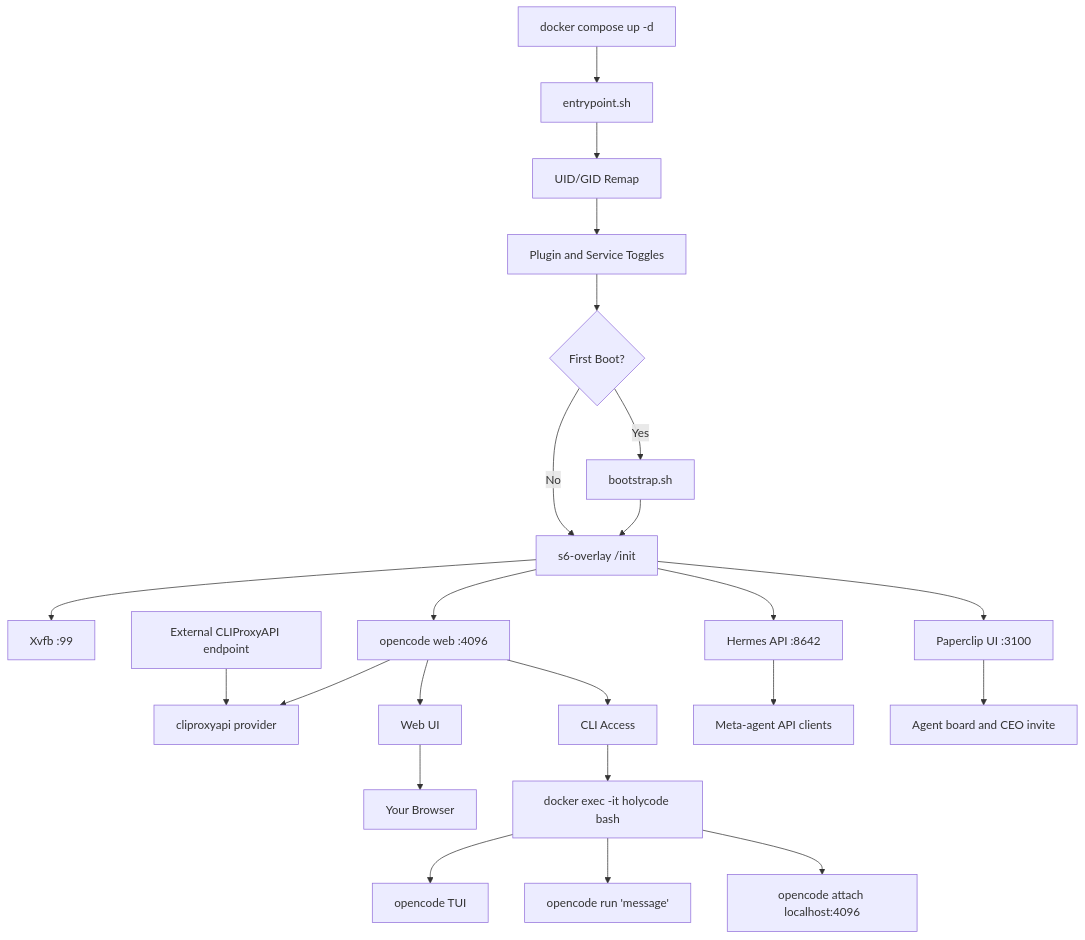
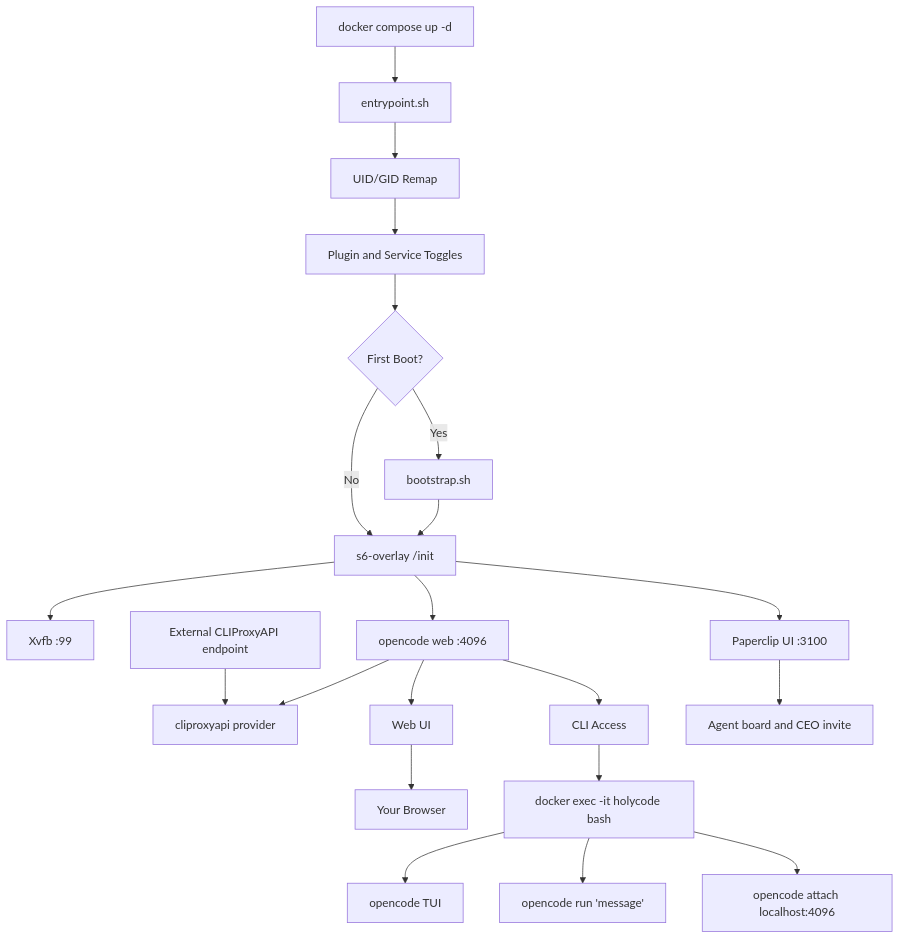
One commit to CoderLuii/HolyCode changed the diagram in README.md. Above: the diagram before and after it, drawn with Mermaid. The commit also changed other lines of this file and 38 other files, not shown here.

````diff
--- a/README.md
+++ b/README.md
@@ -668,25 +654,23 @@
 ```mermaid
 graph TD
     A[docker compose up -d] --> B[entrypoint.sh]
     B --> C[UID/GID Remap]
     C --> D[Plugin and Service Toggles]
     D --> E{First Boot?}
     E -->|Yes| F[bootstrap.sh]
     E -->|No| G[s6-overlay /init]
     F --> G
     G --> H[Xvfb :99]
     G --> I[opencode web :4096]
-    G --> Q[Hermes API :8642]
     G --> R[Paperclip UI :3100]
     V[External CLIProxyAPI endpoint] --> U[cliproxyapi provider]
     I --> J[Web UI]
     J --> K[Your Browser]
     I --> L[CLI Access]
     L --> M[docker exec -it holycode bash]
     M --> N[opencode TUI]
     M --> O[opencode run 'message']
     M --> P[opencode attach localhost:4096]
-    Q --> S[Meta-agent API clients]
     R --> T[Agent board and CEO invite]
     I --> U
 ```
````
